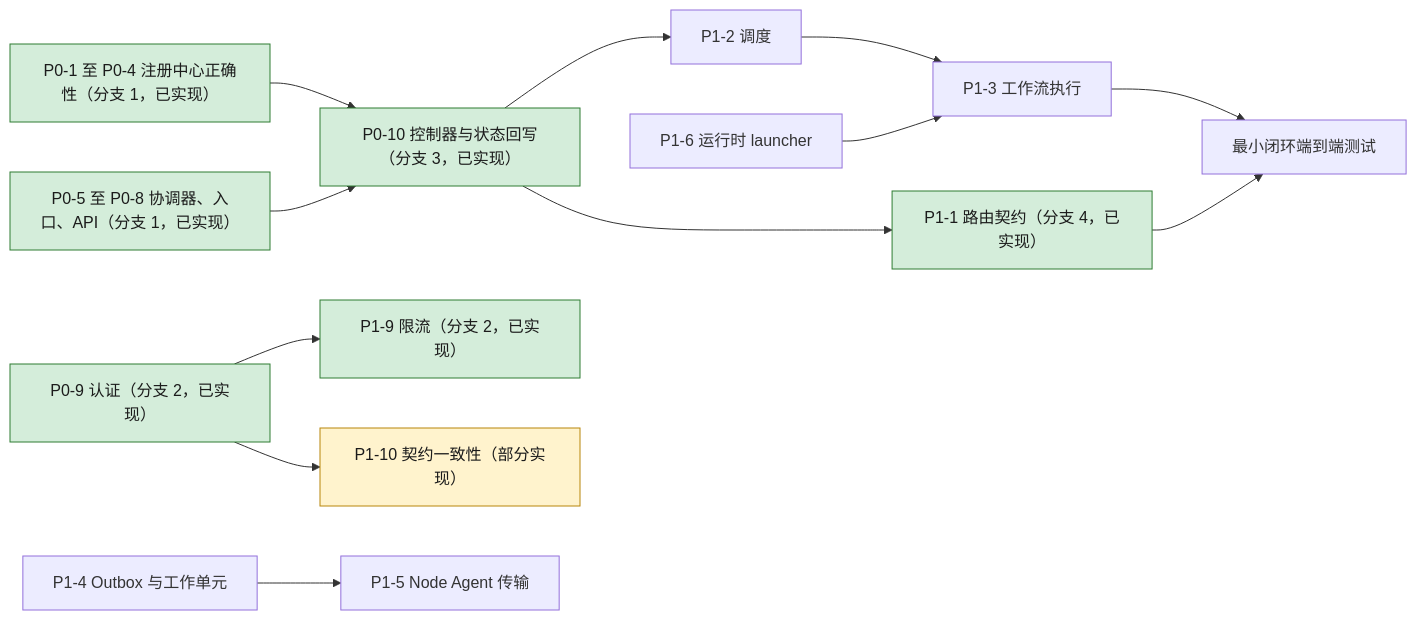
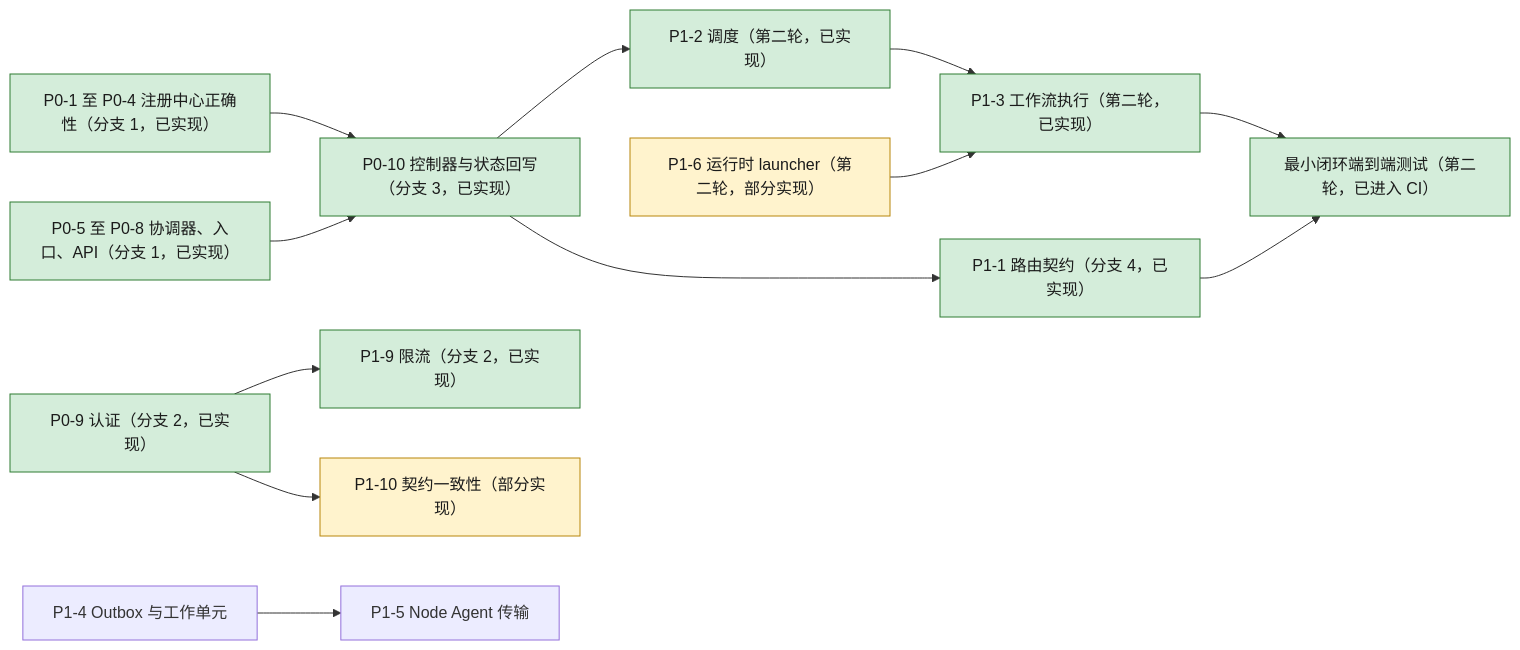
The diagram in docs/forgemesh-improvement-plan.md (KnightKKOP/Study), drawn with Mermaid before and after one commit. The commit also changed other lines of this file, not shown here.

````diff
--- a/docs/forgemesh-improvement-plan.md
+++ b/docs/forgemesh-improvement-plan.md
@@ -902,18 +929,18 @@
 ```mermaid
 flowchart LR
   R["P0-1 至 P0-4 注册中心正确性（分支 1，已实现）"] --> C["P0-10 控制器与状态回写（分支 3，已实现）"]
   E["P0-5 至 P0-8 协调器、入口、API（分支 1，已实现）"] --> C
-  C --> S["P1-2 调度"]
-  S --> W["P1-3 工作流执行"]
-  L["P1-6 运行时 launcher"] --> W
+  C --> S["P1-2 调度（第二轮，已实现）"]
+  S --> W["P1-3 工作流执行（第二轮，已实现）"]
+  L["P1-6 运行时 launcher（第二轮，部分实现）"] --> W
   C --> RT["P1-1 路由契约（分支 4，已实现）"]
-  W --> MVL["最小闭环端到端测试"]
+  W --> MVL["最小闭环端到端测试（第二轮，已进入 CI）"]
   RT --> MVL
   AUTH["P0-9 认证（分支 2，已实现）"] --> RL["P1-9 限流（分支 2，已实现）"]
   AUTH --> API["P1-10 契约一致性（部分实现）"]
   OB["P1-4 Outbox 与工作单元"] --> NA["P1-5 Node Agent 传输"]
   classDef implemented fill:#d4edda,stroke:#2e7d32,color:#1b1b1b
   classDef partial fill:#fff3cd,stroke:#b8860b,color:#1b1b1b
-  class R,E,C,RT,AUTH,RL implemented
-  class API partial
+  class R,E,C,RT,AUTH,RL,S,W,MVL implemented
+  class API,L partial
 ```
````
